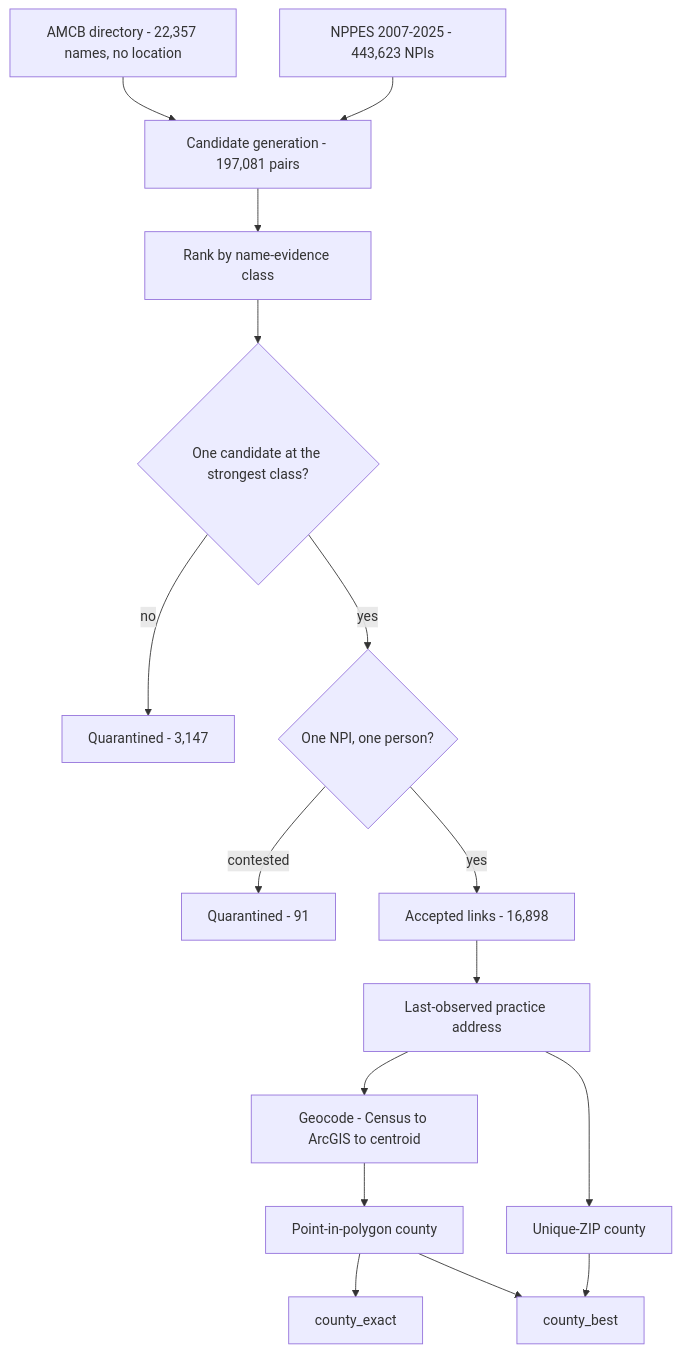
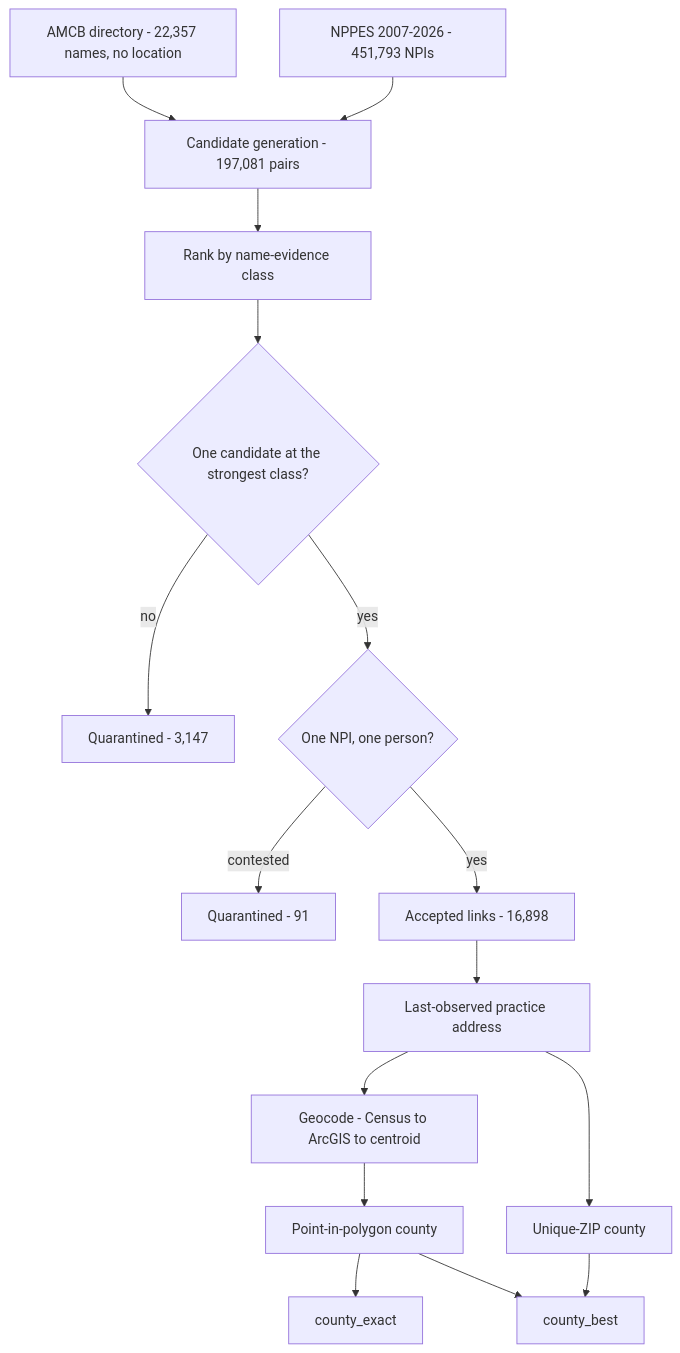
The second of 5 diagrams in README.md (mufflyt/midwifery), drawn with Mermaid before and after one commit. The commit also changed other lines of this file and 8 other files, not shown here.

````diff
--- a/README.md
+++ b/README.md
@@ -650,18 +650,18 @@
 ```mermaid
 flowchart TD
   A["AMCB directory - 22,357 names, no location"] --> B["Candidate generation - 197,081 pairs"]
-  P["NPPES 2007-2025 - 443,623 NPIs"] --> B
+  P["NPPES 2007-2026 - 451,793 NPIs"] --> B
   B --> C["Rank by name-evidence class"]
   C --> D{"One candidate at the strongest class?"}
   D -->|no| Q["Quarantined - 3,147"]
   D -->|yes| E{"One NPI, one person?"}
   E -->|contested| Q2["Quarantined - 91"]
   E -->|yes| F["Accepted links - 16,898"]
   F --> G["Last-observed practice address"]
   G --> H["Geocode - Census to ArcGIS to centroid"]
   G --> J["Unique-ZIP county"]
   H --> I["Point-in-polygon county"]
   I --> K["county_exact"]
   I --> L["county_best"]
   J --> L
 ```
````
